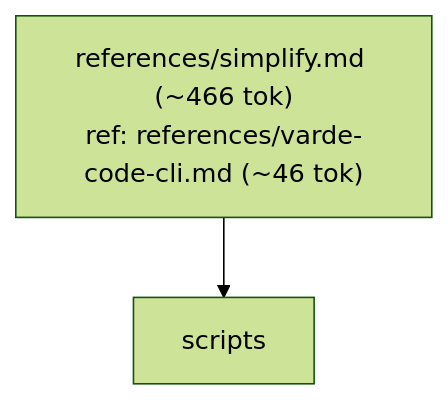
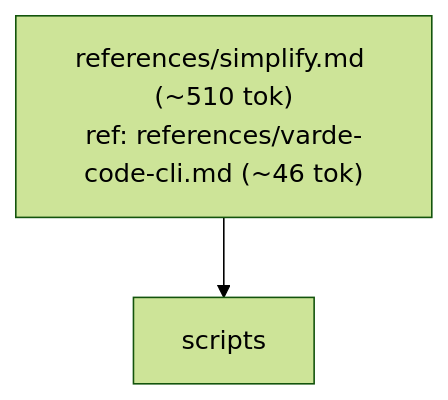
The seventh of 8 diagrams in skills/varde-review/FLOW.md (alecegg/varde), drawn with Mermaid (forest theme) before and after one commit. The commit also changed other lines of this file and 269 other files, not shown here.

````diff
--- a/skills/varde-review/FLOW.md
+++ b/skills/varde-review/FLOW.md
@@ -128,6 +127,6 @@
 ```mermaid
 flowchart TD
-  n0["references/simplify.md (~466 tok)<br/>ref: references/varde-code-cli.md (~46 tok)"]
+  n0["references/simplify.md (~510 tok)<br/>ref: references/varde-code-cli.md (~46 tok)"]
   n1["scripts"]
   n0 --> n1
 ```
````
